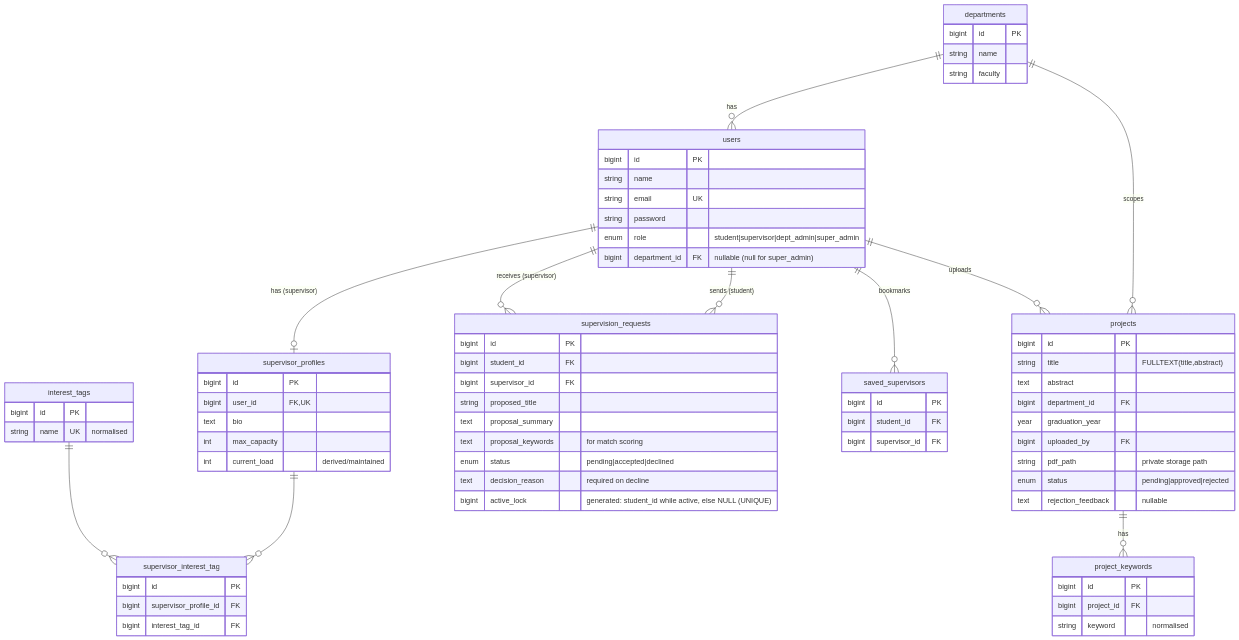
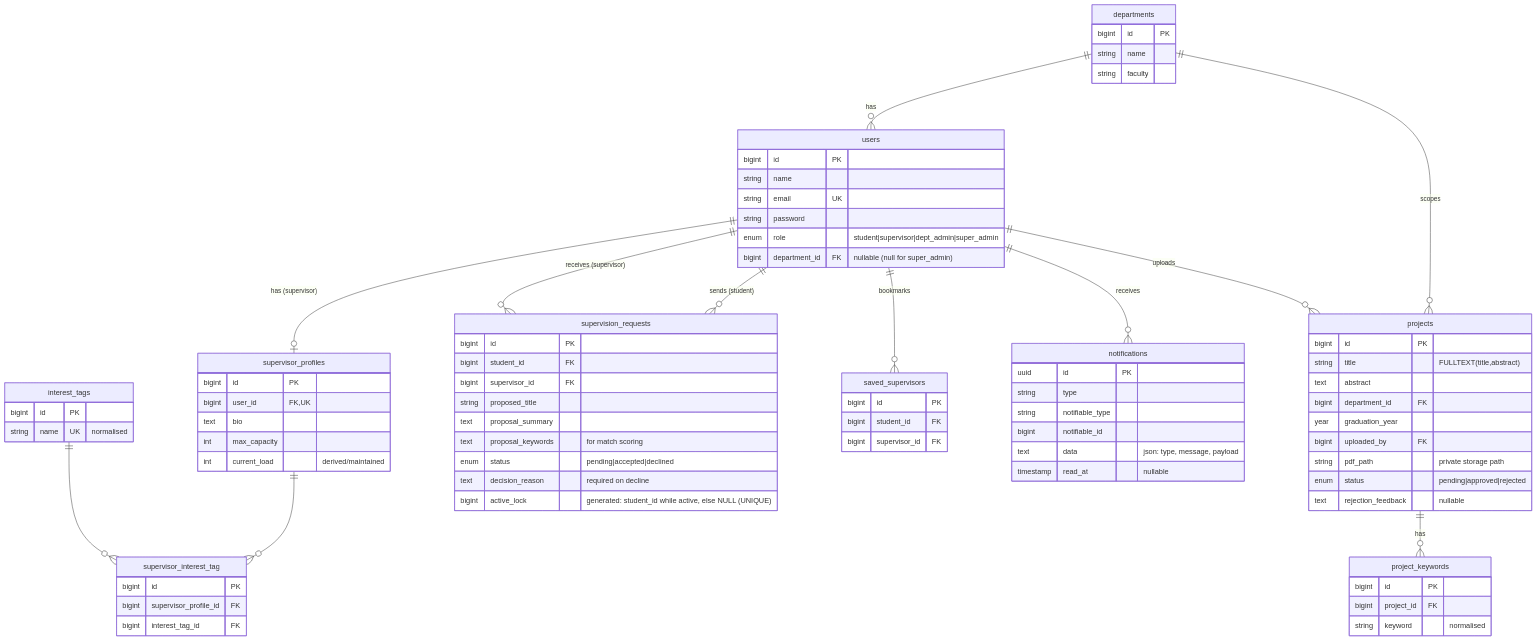
One commit to techabdu/fyproject changed the diagram in docs/schema.md. Above: the diagram before and after it, drawn with Mermaid. The commit also changed other lines of this file and 3 other files, not shown here.

````diff
--- a/docs/schema.md
+++ b/docs/schema.md
@@ -15,6 +15,7 @@
     users ||--o{ supervision_requests : "sends (student)"
     users ||--o{ supervision_requests : "receives (supervisor)"
     users ||--o{ saved_supervisors : "bookmarks"
+    users ||--o{ notifications : "receives"
     supervisor_profiles ||--o{ supervisor_interest_tag : ""
     interest_tags ||--o{ supervisor_interest_tag : ""
     projects ||--o{ project_keywords : "has"
@@ -80,4 +81,12 @@
         bigint student_id FK
         bigint supervisor_id FK
     }
+    notifications {
+        uuid id PK
+        string type
+        string notifiable_type
+        bigint notifiable_id
+        text data "json: type, message, payload"
+        timestamp read_at "nullable"
+    }
 ```
````
